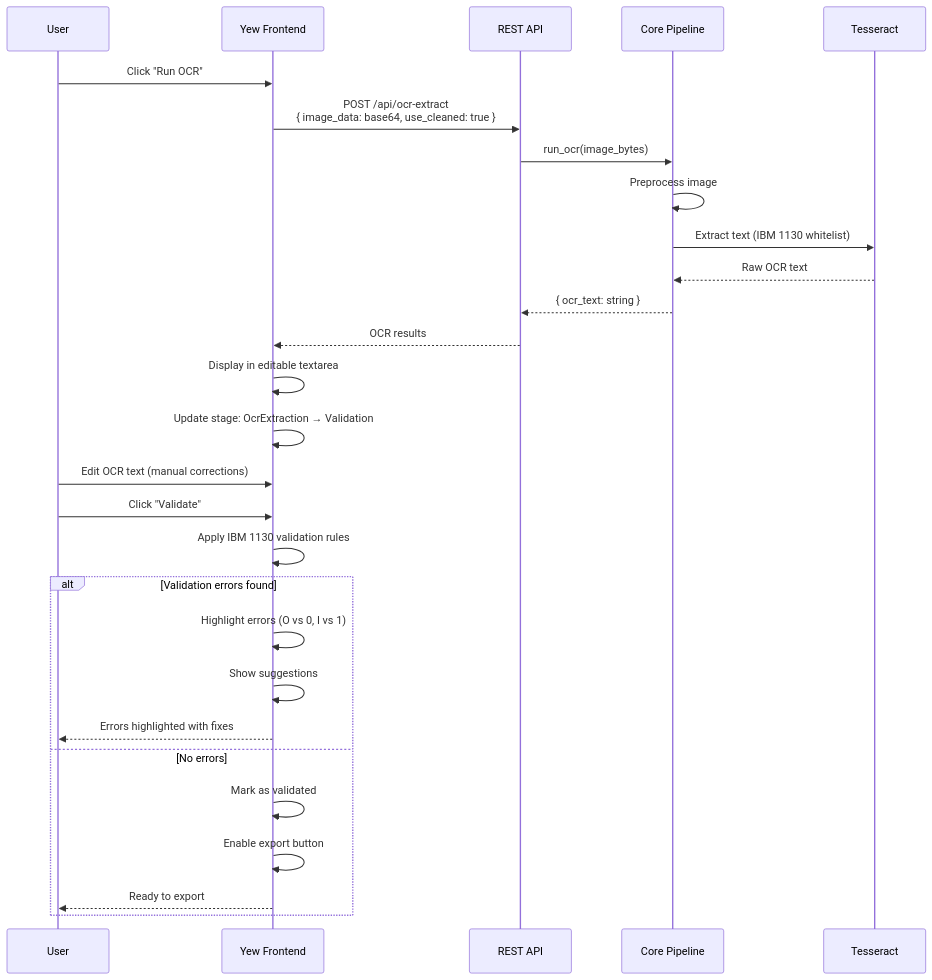
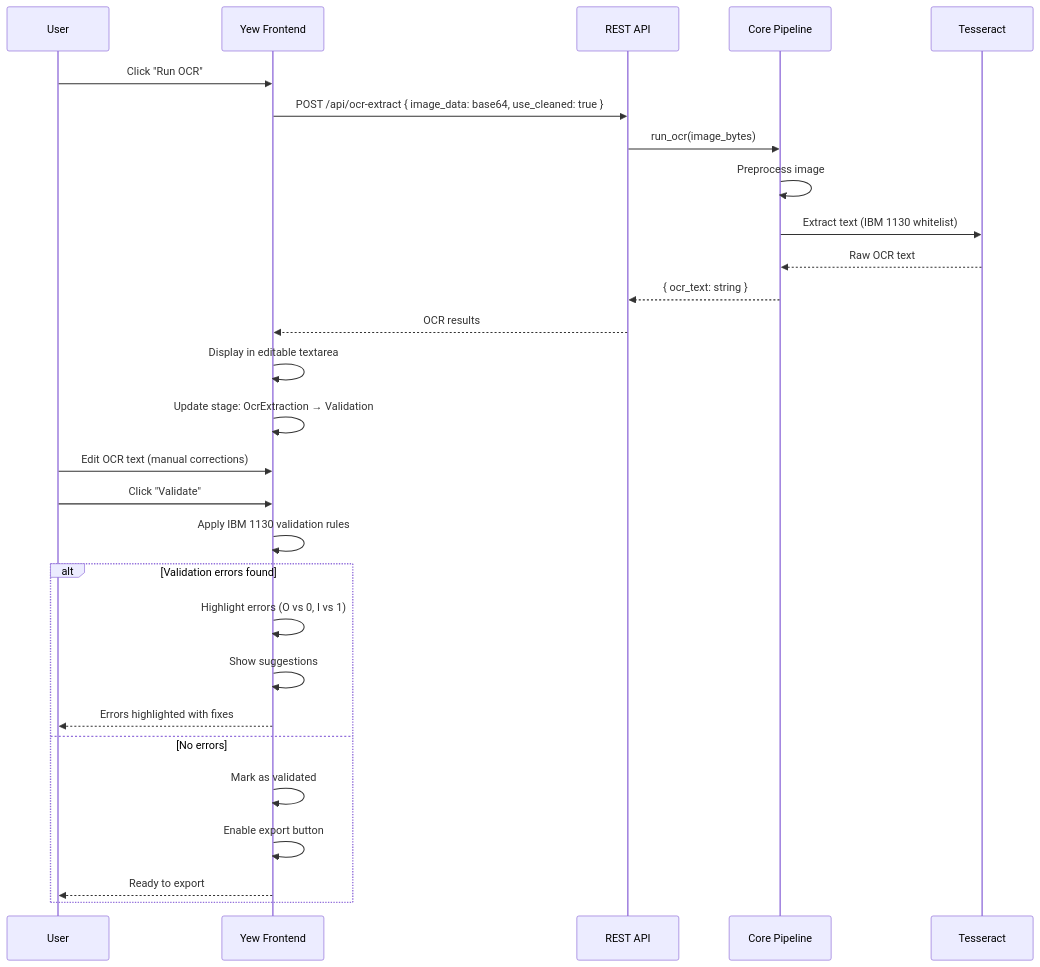
One commit to softwarewrighter/scan3data changed the ninth of 15 diagrams in wiki/Data-Flow.md. Above: the diagram before and after it, drawn with Mermaid. The commit also changed other lines of this file and 6 other files, not shown here.

First line of the commit message:
Fix wiki Mermaid diagrams: remove <br/> tags

````diff
--- a/wiki/Data-Flow.md
+++ b/wiki/Data-Flow.md
@@ -340,34 +340,34 @@
 ```mermaid
 sequenceDiagram
     participant User
     participant UI as Yew Frontend
     participant API as REST API
     participant Core as Core Pipeline
     participant Tess as Tesseract
 
     User->>UI: Click "Run OCR"
-    UI->>API: POST /api/ocr-extract<br/>{ image_data: base64, use_cleaned: true }
+    UI->>API: POST /api/ocr-extract { image_data: base64, use_cleaned: true }
     API->>Core: run_ocr(image_bytes)
     Core->>Core: Preprocess image
     Core->>Tess: Extract text (IBM 1130 whitelist)
     Tess-->>Core: Raw OCR text
     Core-->>API: { ocr_text: string }
     API-->>UI: OCR results
 
     UI->>UI: Display in editable textarea
     UI->>UI: Update stage: OcrExtraction → Validation
     User->>UI: Edit OCR text (manual corrections)
 
     User->>UI: Click "Validate"
     UI->>UI: Apply IBM 1130 validation rules
 
     alt Validation errors found
         UI->>UI: Highlight errors (O vs 0, I vs 1)
         UI->>UI: Show suggestions
         UI-->>User: Errors highlighted with fixes
     else No errors
         UI->>UI: Mark as validated
         UI->>UI: Enable export button
         UI-->>User: Ready to export
     end
 ```
````
